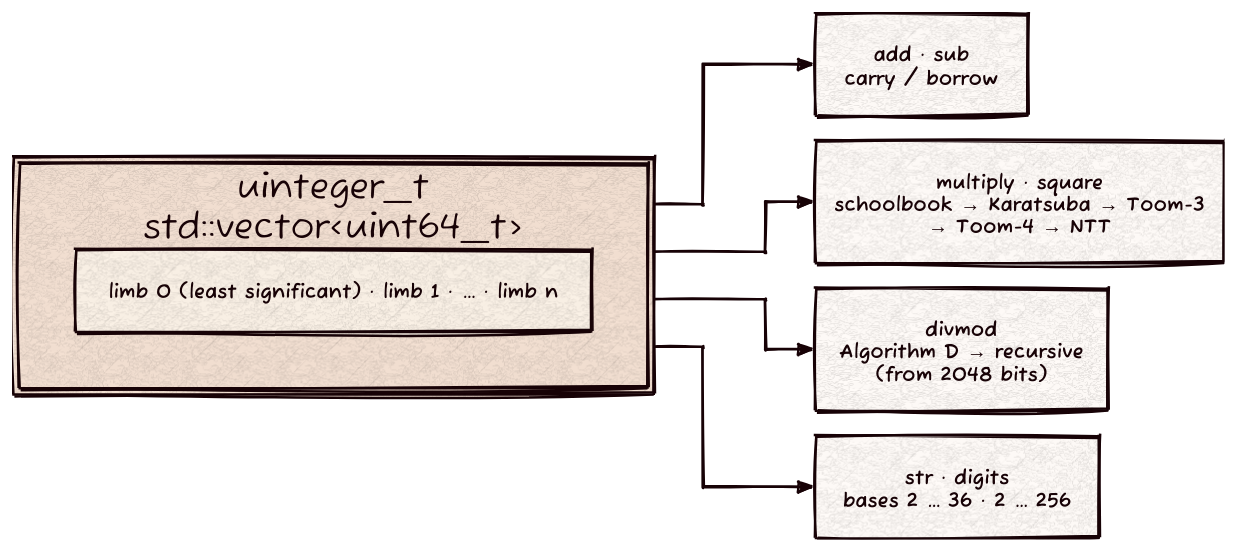
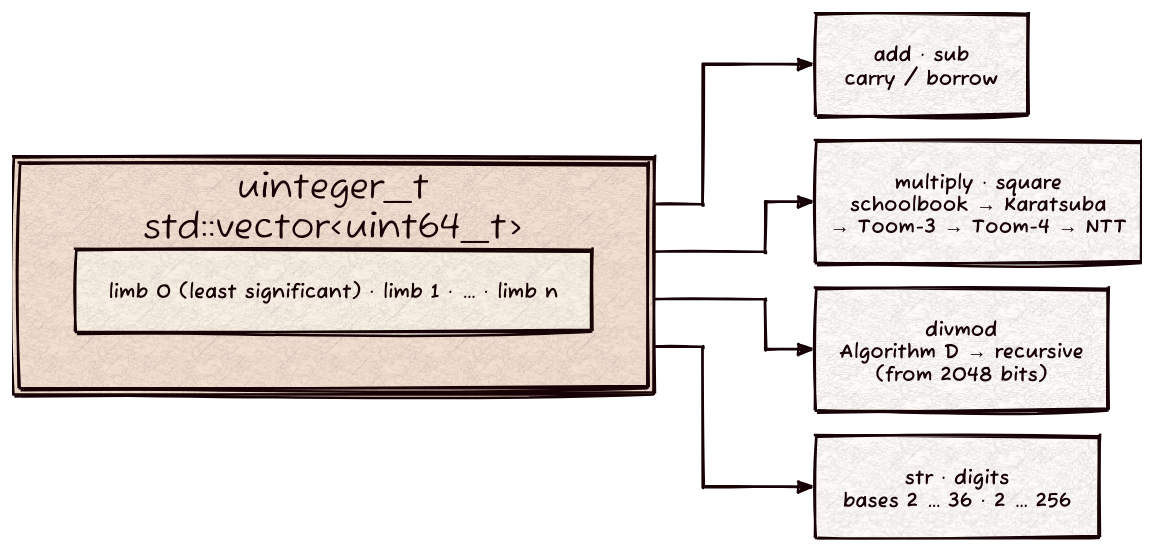
Before and after one commit to Kronuz/uinteger_t: the diagram in docs/uinteger_t.d2, drawn with D2. The commit also changed 8 other files, not shown here.

First line of the commit message:
Square with Toom-3 up to the transform; drop Toom-4 squaring

```diff
--- a/docs/uinteger_t.d2
+++ b/docs/uinteger_t.d2
@@ -1,27 +1,27 @@
 # uinteger_t: little-endian 64-bit limbs, and the algorithm each size gets.
 # Render: ~/.agents/skills/d2-diagrams/scripts/render.sh docs/uinteger_t.d2
 vars: { d2-config: { layout-engine: elk; theme-id: 302; sketch: true; pad: 24 } }
 direction: right
 
 value: uinteger_t {
   limbs: "limb 0 (least significant) · limb 1 · … · limb n"
   label: "uinteger_t\nstd::vector<uint64_t>"
 }
 
 add: "+ −" {
   label: "add · sub\ncarry / borrow"
 }
 mul: "×" {
-  label: "multiply · square\nschoolbook → Karatsuba → Toom-3\n→ Toom-4 → NTT"
+  label: "multiply · square\nschoolbook → Karatsuba\n→ Toom-3 → Toom-4 → NTT"
 }
 div: "÷ %" {
   label: "divmod\nAlgorithm D → recursive\n(from 2048 bits)"
 }
 text: strings {
   label: "str · digits\nbases 2 … 36 · 2 … 256"
 }
 
 value -> add
 value -> mul
 value -> div
 value -> text
```
